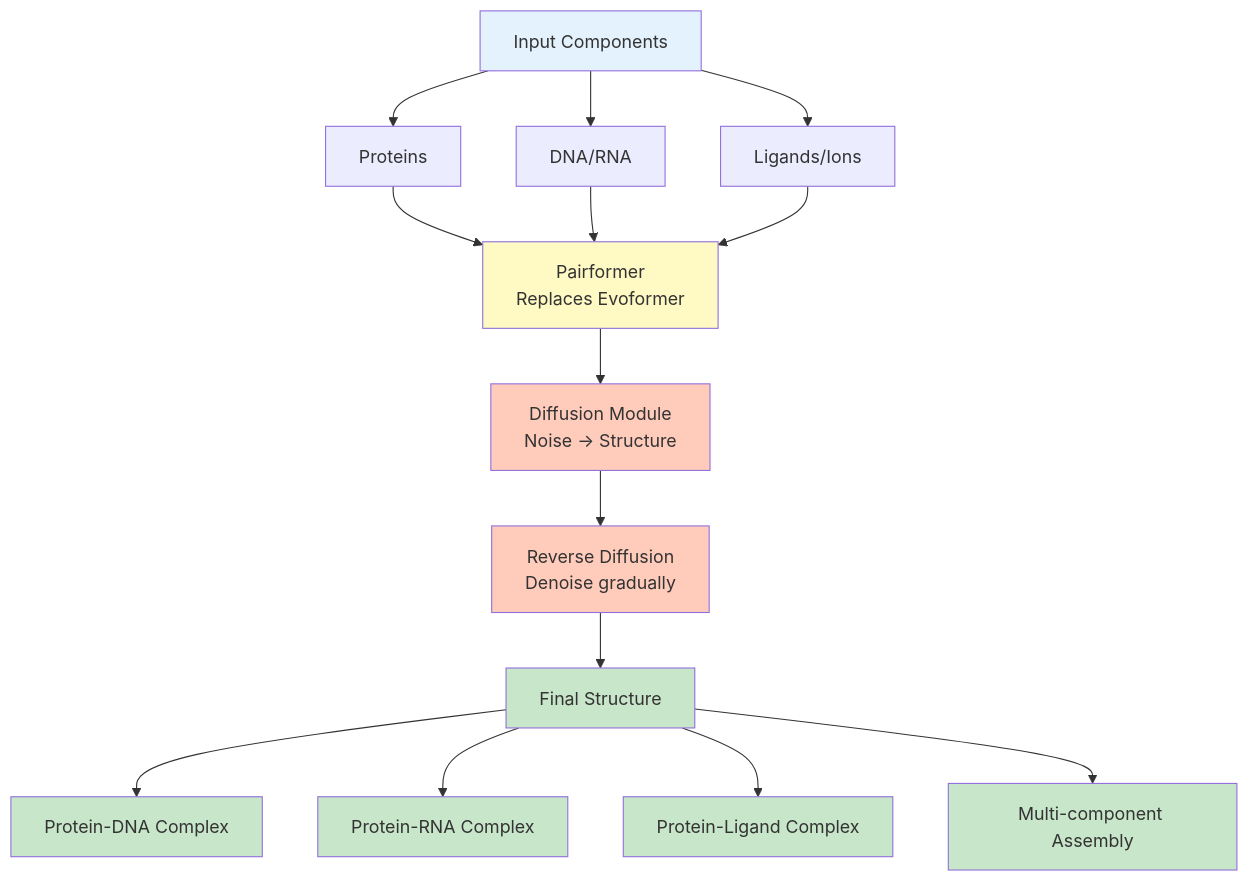
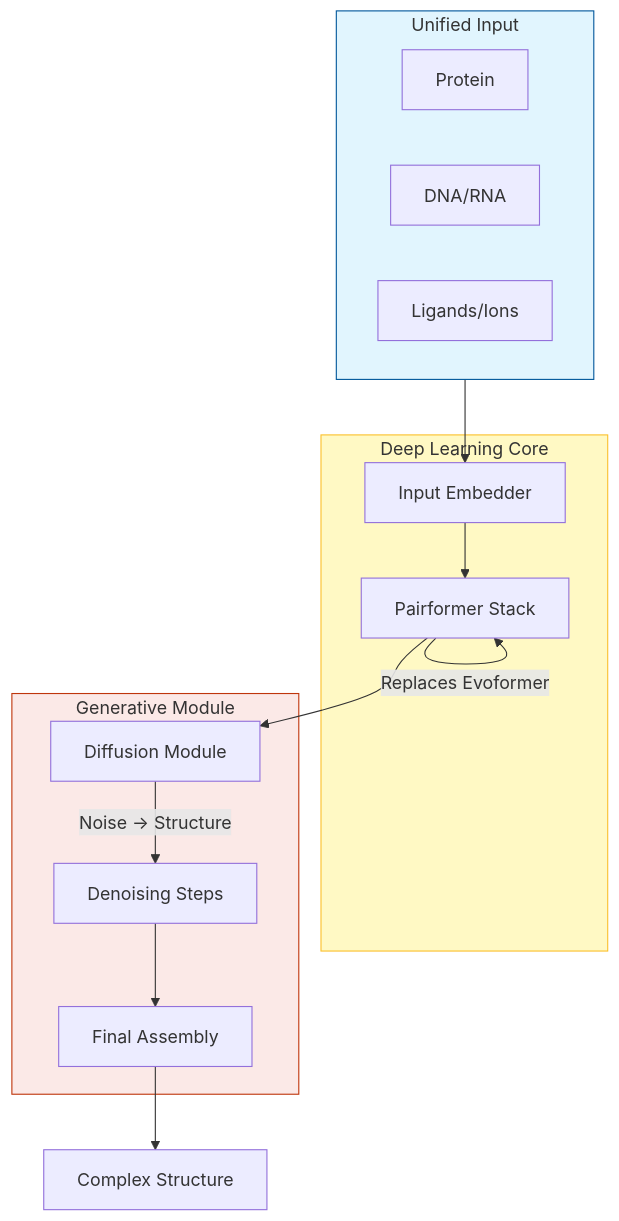
The fifth of 7 diagrams in Diagram.md (kimtth/science-alpha-fold-note), drawn with Mermaid before and after one commit. The commit also changed other lines of this file and 2 other files, not shown here.

````diff
--- a/Diagram.md
+++ b/Diagram.md
@@ -223,29 +120,24 @@
 ```mermaid
 flowchart TD
-    A[Input Components] --> A1[Proteins]
-    A --> A2[DNA/RNA]
-    A --> A3[Ligands/Ions]
-    
-    A1 --> B[Pairformer<br/>Replaces Evoformer]
-    A2 --> B
-    A3 --> B
-    
-    B --> C[Diffusion Module<br/>Noise → Structure]
-    C --> D[Reverse Diffusion<br/>Denoise gradually]
-    
-    D --> E[Final Structure]
-    E --> F[Protein-DNA Complex]
-    E --> G[Protein-RNA Complex]
-    E --> H[Protein-Ligand Complex]
-    E --> I[Multi-component Assembly]
-    
-    style A fill:#e3f2fd
-    style B fill:#fff9c4
-    style C fill:#ffccbc
-    style D fill:#ffccbc
-    style E fill:#c8e6c9
-    style F fill:#c8e6c9
-    style G fill:#c8e6c9
-    style H fill:#c8e6c9
-    style I fill:#c8e6c9
+    subgraph Inputs ["Unified Input"]
+        A[Protein] & B[DNA/RNA] & C[Ligands/Ions]
+    end
+
+    subgraph Model ["Deep Learning Core"]
+        D[Input Embedder] --> E[Pairformer Stack]
+        E --"Replaces Evoformer"--> E
+    end
+
+    subgraph Gen ["Generative Module"]
+        F[Diffusion Module] -->|Noise -> Structure| G[Denoising Steps]
+        G --> H[Final Assembly]
+    end
+
+    Inputs --> D
+    E --> F
+    H --> I[Complex Structure]
+
+    style Inputs fill:#e1f5fe,stroke:#01579b
+    style Model fill:#fff9c4,stroke:#fbc02d
+    style Gen fill:#fbe9e7,stroke:#bf360c
 ```
````
